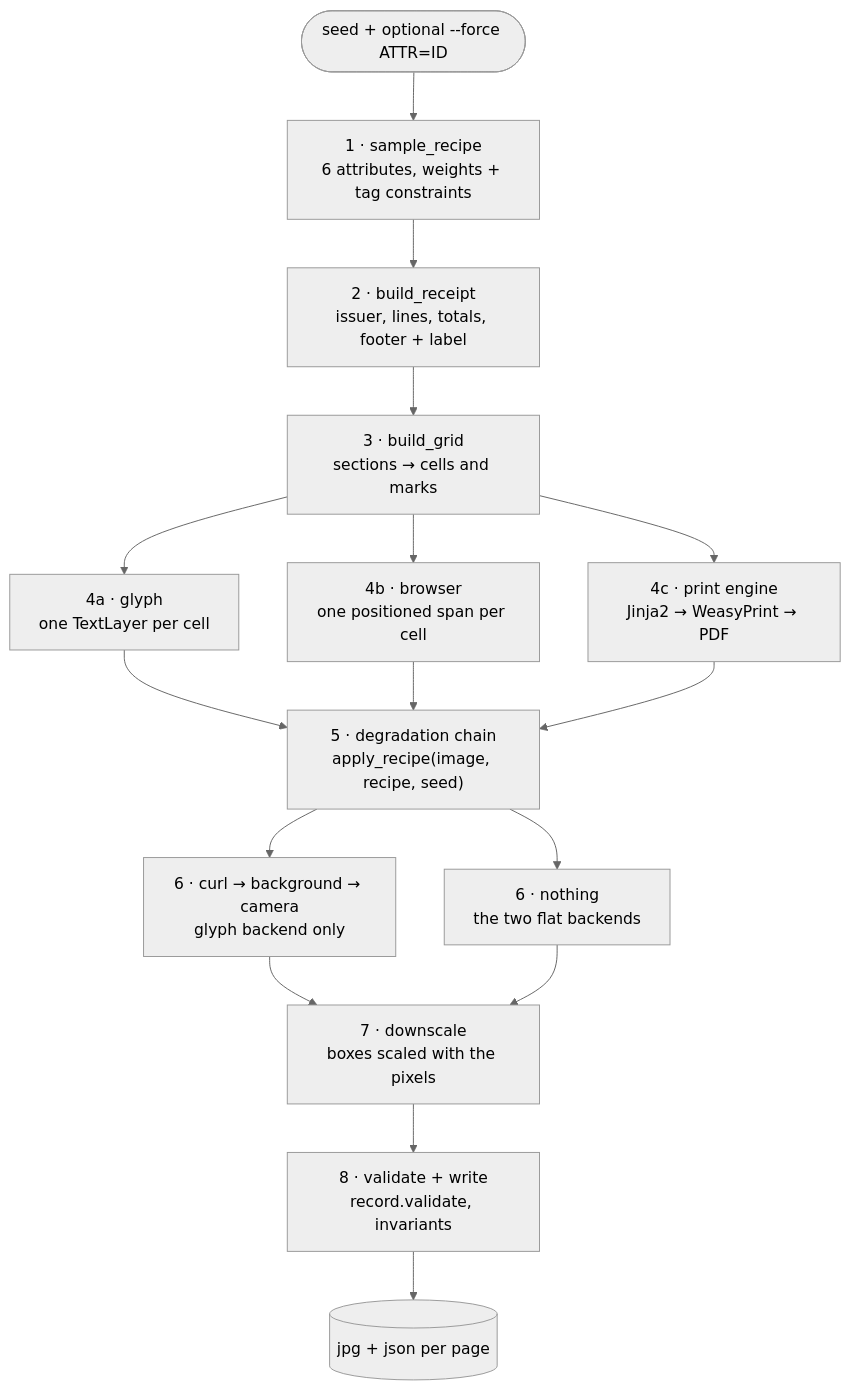
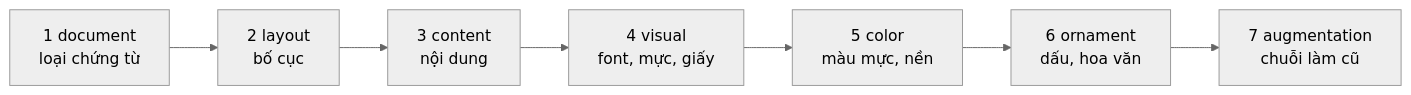
The second of 5 diagrams in README.md (LinhPhuong14/vlm-ocr-synthetic), drawn with Mermaid (neutral theme) before and after one commit. The commit also changed other lines of this file and 1 other file, not shown here.

````diff
--- a/README.md
+++ b/README.md
@@ -132,24 +102,5 @@
 ```mermaid
-flowchart TD
-    seed(["seed + optional --force ATTR=ID"]) --> A
-
-    A["1 · sample_recipe<br/>6 attributes, weights + tag constraints"]
-    A --> B["2 · build_receipt<br/>issuer, lines, totals, footer + label"]
-    B --> C["3 · build_grid<br/>sections → cells and marks"]
-
-    C --> D1["4a · glyph<br/>one TextLayer per cell"]
-    C --> D2["4b · browser<br/>one positioned span per cell"]
-    C --> D3["4c · print engine<br/>Jinja2 → WeasyPrint → PDF"]
-
-    D1 --> E["5 · degradation chain<br/>apply_recipe(image, recipe, seed)"]
-    D2 --> E
-    D3 --> E
-
-    E --> F1["6 · curl → background → camera<br/>glyph backend only"]
-    E --> F2["6 · nothing<br/>the two flat backends"]
-
-    F1 --> G["7 · downscale<br/>boxes scaled with the pixels"]
-    F2 --> G
-    G --> H["8 · validate + write<br/>record.validate, invariants"]
-    H --> O[("jpg + json per page")]
+flowchart LR
+    d["1 document<br/>loại chứng từ"] --> l["2 layout<br/>bố cục"] --> c["3 content<br/>nội dung"] --> v["4 visual<br/>font, mực, giấy"]
+    v --> col["5 color<br/>màu mực, nền"] --> orn["6 ornament<br/>dấu, hoa văn"] --> a["7 augmentation<br/>chuỗi làm cũ"]
 ```
````
